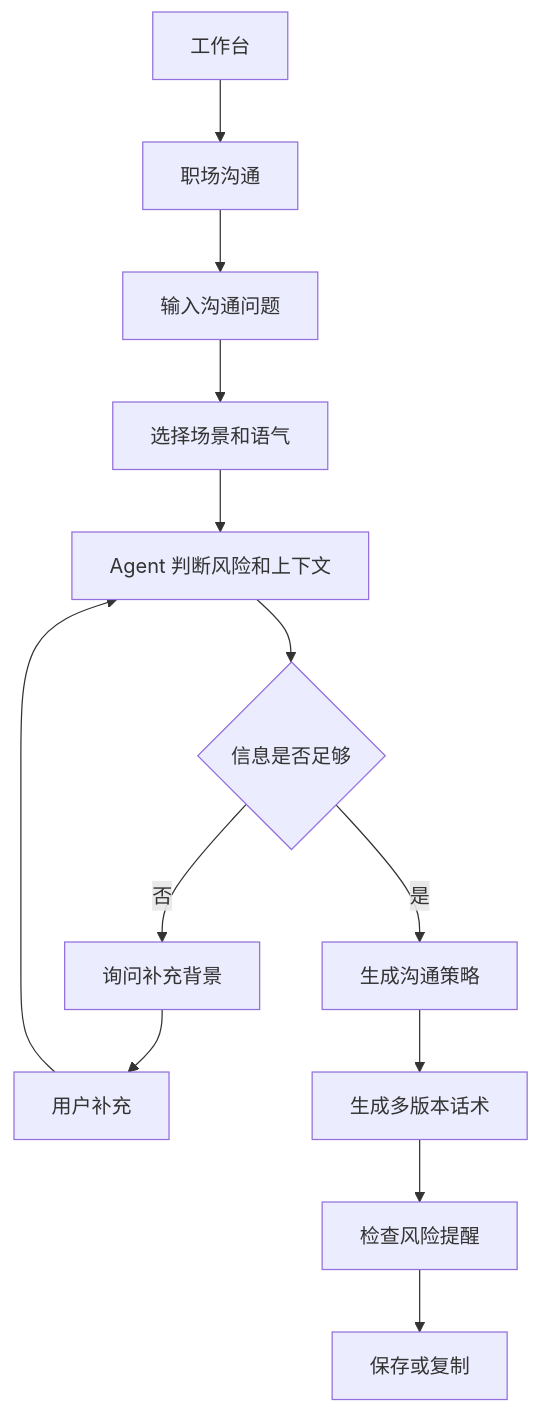
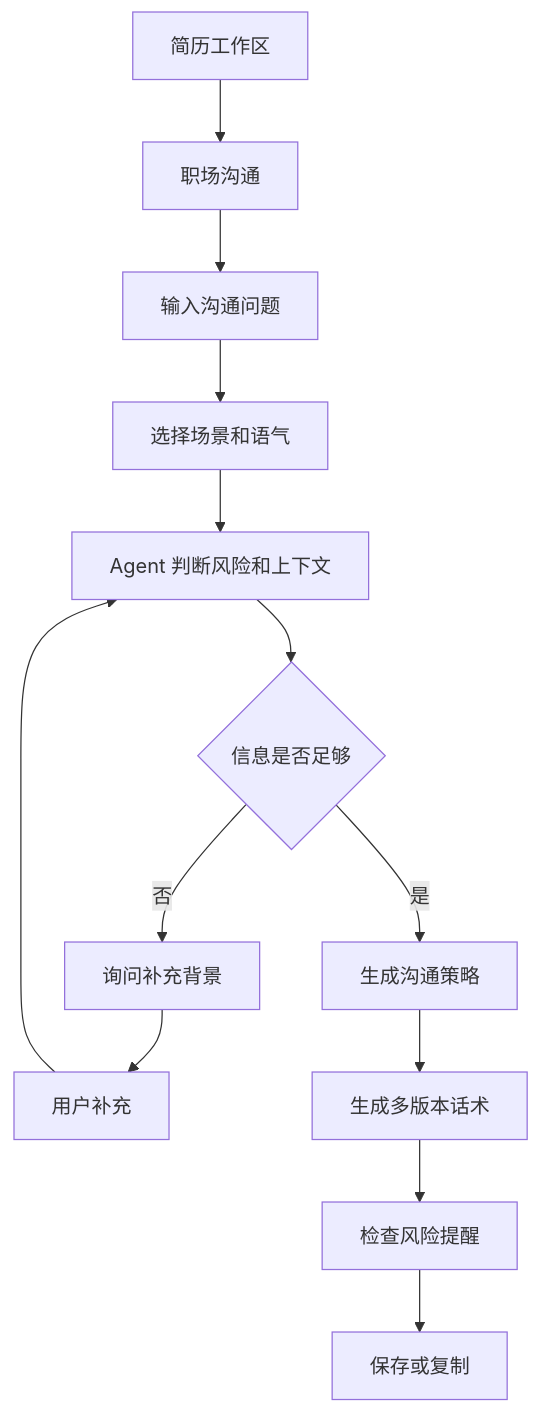
The fifth of 5 diagrams in docs/design.md (B20031620/careerpilot-resume-agent), drawn with Mermaid before and after one commit. The commit also changed other lines of this file and 22 other files, not shown here.

````diff
--- a/docs/design.md
+++ b/docs/design.md
@@ -899,15 +907,15 @@
 ```mermaid
 flowchart TD
-    A["工作台"] --> B["职场沟通"]
+    A["简历工作区"] --> B["职场沟通"]
     B --> C["输入沟通问题"]
     C --> D["选择场景和语气"]
     D --> E["Agent 判断风险和上下文"]
     E --> F{"信息是否足够"}
     F -- "否" --> G["询问补充背景"]
     G --> H["用户补充"]
     H --> E
     F -- "是" --> I["生成沟通策略"]
     I --> J["生成多版本话术"]
     J --> K["检查风险提醒"]
     K --> L["保存或复制"]
 ```
````
